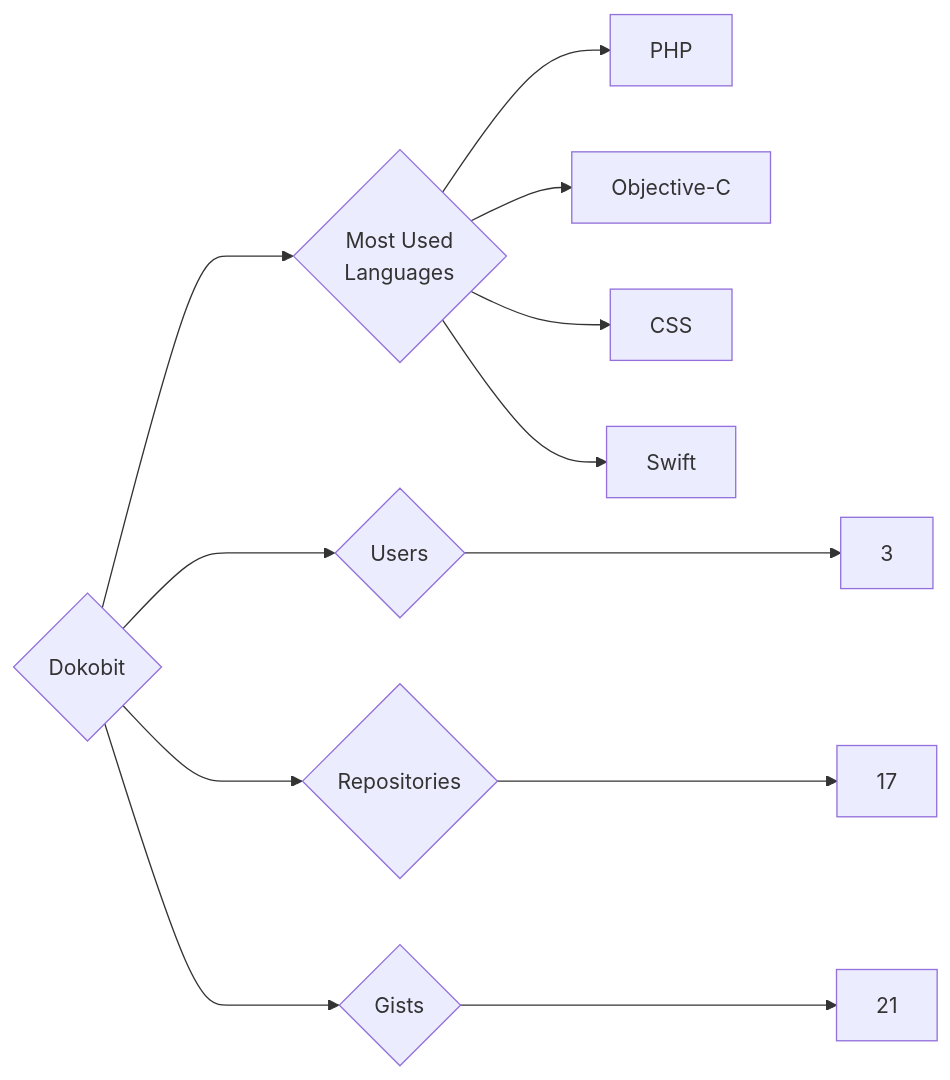
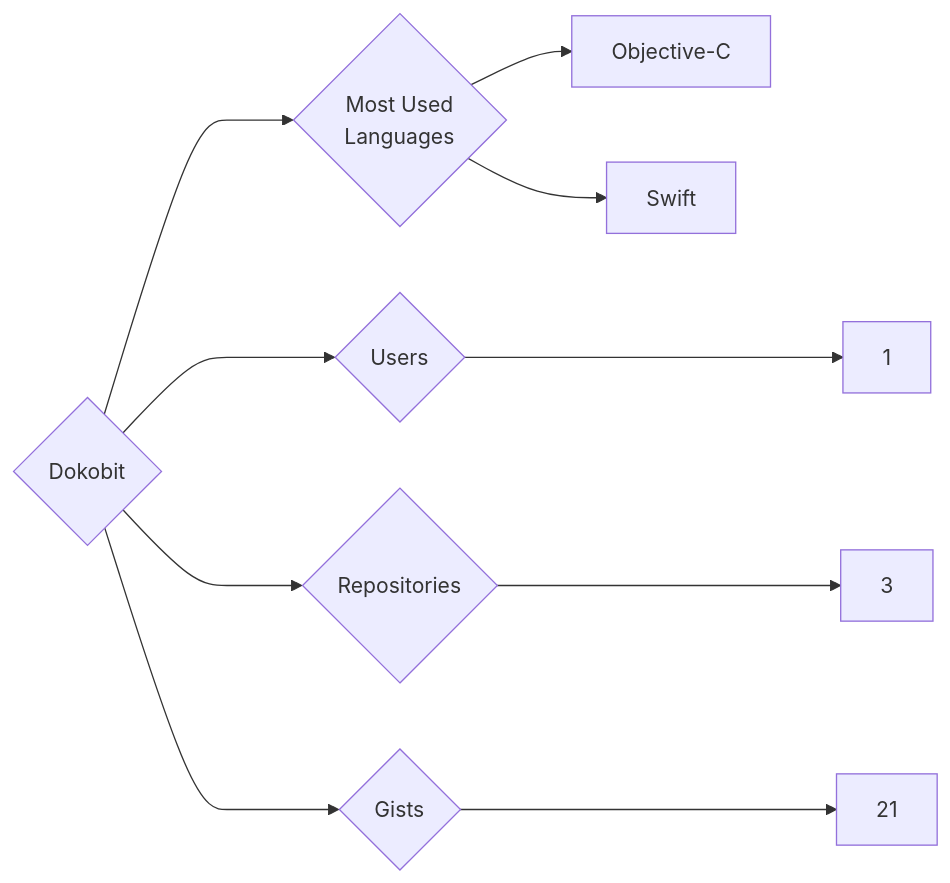
The diagram in targets/Dokobit/README.md (trickest/insiders), drawn with Mermaid before and after one commit. The commit also changed 934 other files, not shown here.

````diff
--- a/targets/Dokobit/README.md
+++ b/targets/Dokobit/README.md
@@ -3,12 +3,10 @@
 ```mermaid
 graph LR
 COMPANY_NAME{Dokobit}
-COMPANY_NAME ---> U{Users} ---> UN[3]
-COMPANY_NAME ---> R{Repositories} ---> RN[17]
+COMPANY_NAME ---> U{Users} ---> UN[1]
+COMPANY_NAME ---> R{Repositories} ---> RN[3]
 COMPANY_NAME ---> G{Gists} ---> GN[21]
 COMPANY_NAME ---> ML{Most Used<br>Languages}
-ML --> PHP[PHP]
 ML --> Objective-C[Objective-C]
-ML --> CSS[CSS]
 ML --> Swift[Swift]
 ```
````
